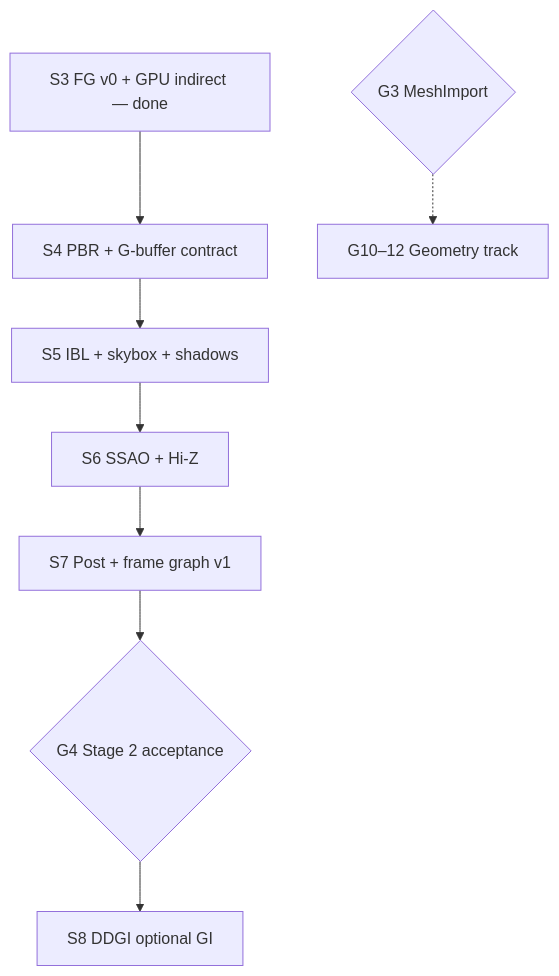
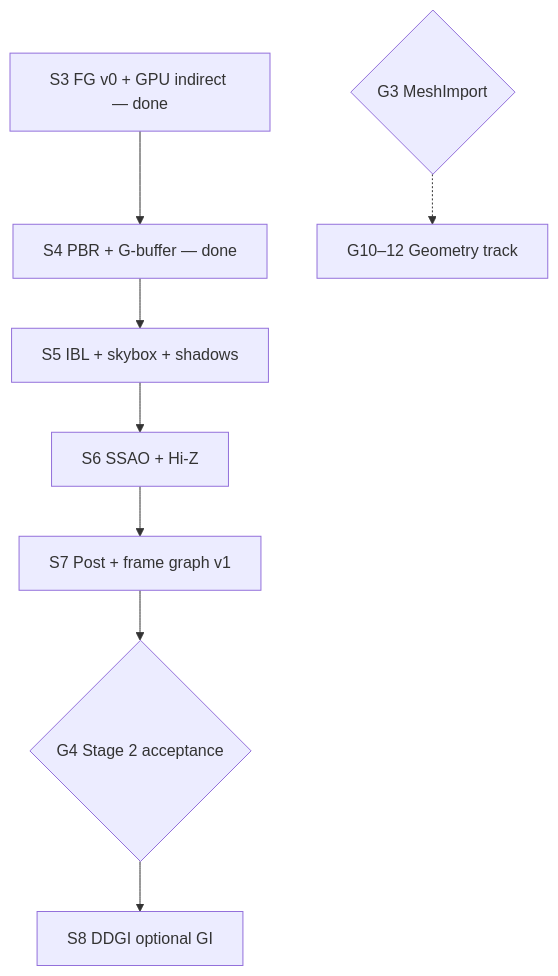
Before and after one commit to PluseggWill/SiriusEngine_VulkanReboot: the diagram in Docs/Active-Plan.md, drawn with Mermaid. The commit also changed other lines of this file and 6 other files, not shown here.

````diff
--- a/Docs/Active-Plan.md
+++ b/Docs/Active-Plan.md
@@ -30,16 +29,16 @@
 ```mermaid
 flowchart TB
   S3[S3 FG v0 + GPU indirect — done]
-  S4[S4 PBR + G-buffer contract]
+  S4[S4 PBR + G-buffer — done]
   S5[S5 IBL + skybox + shadows]
   S6[S6 SSAO + Hi-Z]
   S7[S7 Post + frame graph v1]
   S8[S8 DDGI optional GI]
   G4{G4 Stage 2 acceptance}
 
   S3 --> S4 --> S5 --> S6 --> S7 --> G4 --> S8
 
   GEO[G10–12 Geometry track]
   G3{G3 MeshImport}
   G3 -.-> GEO
 ```
````
